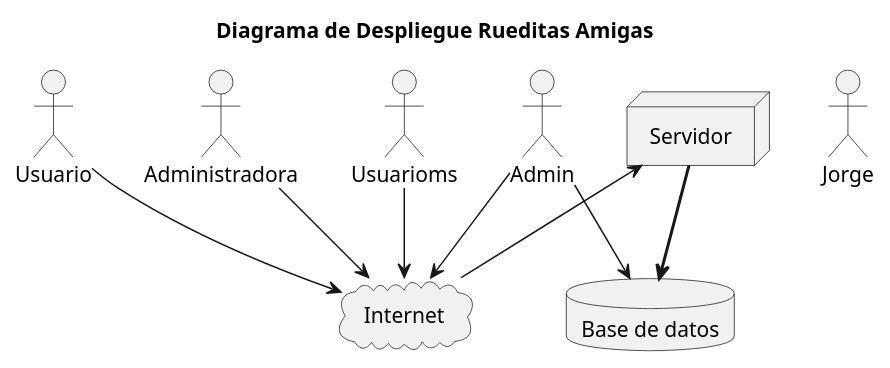
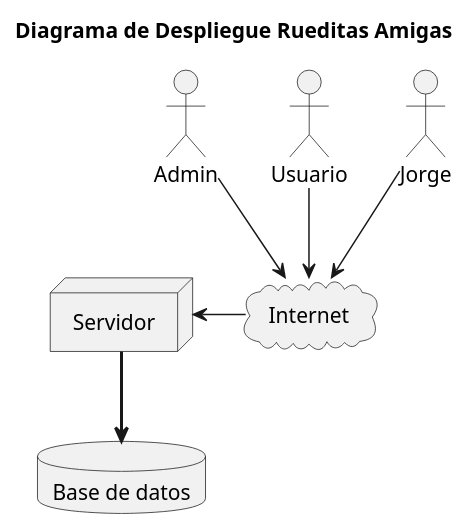
One commit to lrizzitano/RueditasAmigasDespliegue changed the diagram in diagrams/DiagramaDeDespliegue.puml. Above: the diagram before and after it, drawn with PlantUML.

Commit message:
vuelvo a probar actor no relacionado

```diff
--- a/diagrams/DiagramaDeDespliegue.puml
+++ b/diagrams/DiagramaDeDespliegue.puml
@@ -1,31 +1,27 @@
 @startuml DiagramaDeDespliegue
 'https://plantuml.com/deployment-diagram
 
 title Diagrama de Despliegue Rueditas Amigas
 
 
 actor "Admin"
 actor "Usuario"
-actor "Administradora"
-actor "Usuarioms"
+
 actor "Jorge"
 
 
 cloud "Internet"
 
 node "Servidor"
 
 database "Base de datos"
 
 "Usuario" --> "Internet"
 "Admin" --> "Internet"
-"Usuarioms" --> "Internet"
-"Administradora" --> "Internet"
 
-"Admin" --> "Base de datos"
-
+"Jorge" --> "Internet"
 
 "Internet" -l-> "Servidor"
 
 "Servidor" -[bold]-> "Base de datos"
 @enduml
```
